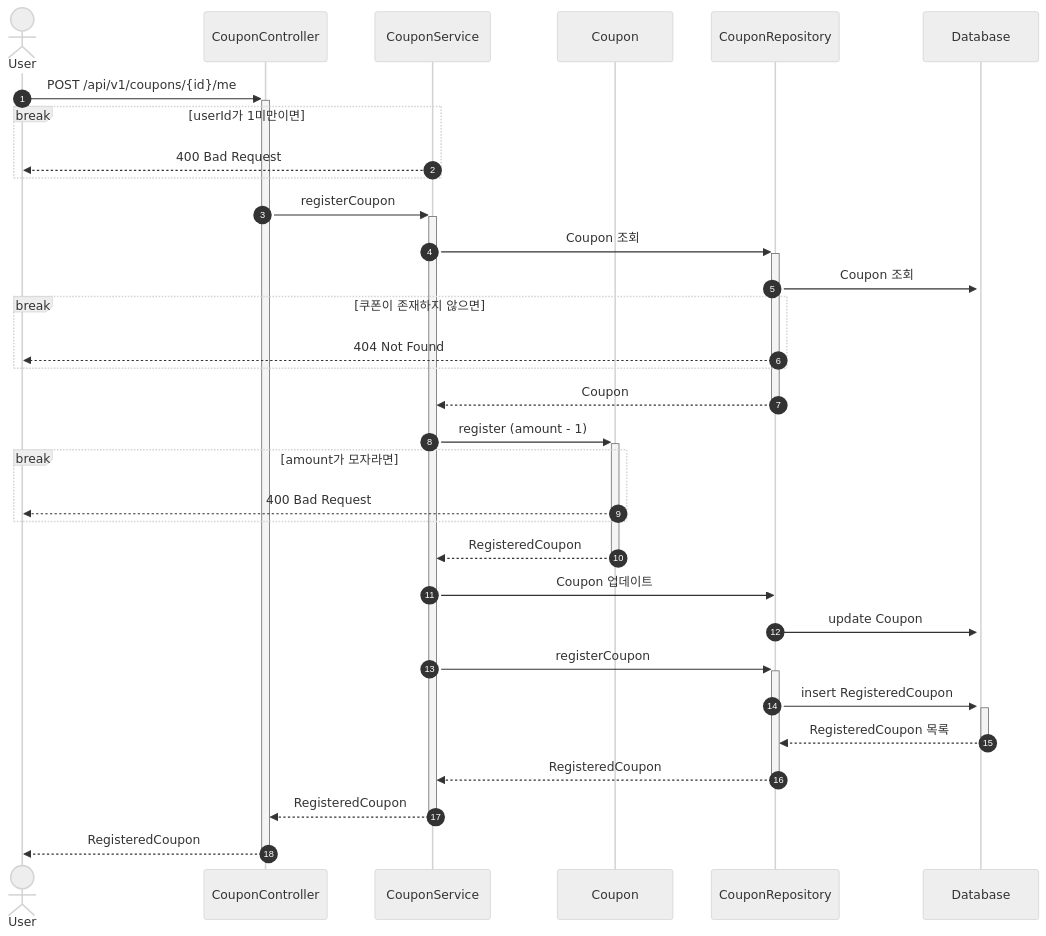
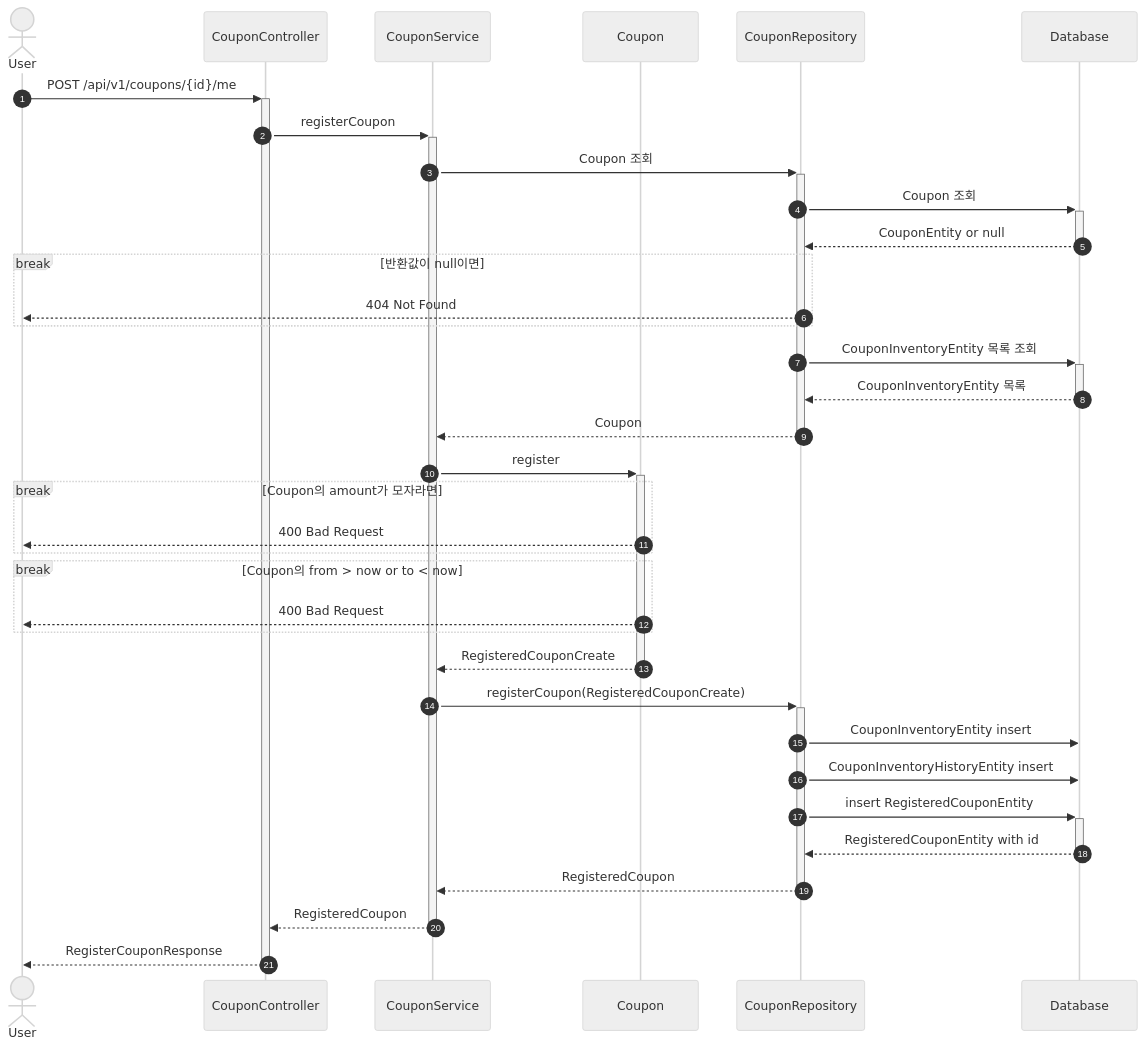
The first of 3 diagrams in docs/coupon/readme.md (jsween5723/commerce), drawn with Mermaid (neutral theme) before and after one commit. The commit also changed other lines of this file, not shown here.

Commit message:
docs(sequence): coupon 시퀀스 다이어그램 수정

````diff
--- a/docs/coupon/readme.md
+++ b/docs/coupon/readme.md
@@ -3,34 +9,37 @@
 ```mermaid
 sequenceDiagram
     autonumber
     actor User
     participant CouponController
     participant CouponService
     participant Coupon
     participant CouponRepository
     participant Database
     User ->>+ CouponController: POST /api/v1/coupons/{id}/me
-    break userId가 1미만이면
-        CouponService -->> User: 400 Bad Request
-    end
     CouponController ->>+ CouponService: registerCoupon
     CouponService ->>+ CouponRepository: Coupon 조회
     CouponRepository ->>+ Database: Coupon 조회
-    break 쿠폰이 존재하지 않으면
+    Database -->>- CouponRepository: CouponEntity or null
+    break 반환값이 null이면
         CouponRepository -->> User: 404 Not Found
     end
+    CouponRepository ->>+ Database: CouponInventoryEntity 목록 조회
+    Database -->>- CouponRepository: CouponInventoryEntity 목록
     CouponRepository -->>- CouponService: Coupon
-    CouponService ->>+ Coupon: register (amount - 1)
-    break amount가 모자라면
+    CouponService ->>+ Coupon: register
+    break Coupon의 amount가 모자라면
         Coupon -->> User: 400 Bad Request
     end
-    Coupon -->>- CouponService: RegisteredCoupon
-    CouponService ->> CouponRepository: Coupon 업데이트
-    CouponRepository ->> Database: update Coupon
-    CouponService ->>+ CouponRepository: registerCoupon
-    CouponRepository ->>+ Database: insert RegisteredCoupon
-    Database -->>- CouponRepository: RegisteredCoupon 목록
+    break Coupon의 from > now or to < now
+        Coupon -->> User: 400 Bad Request
+    end
+    Coupon -->>- CouponService: RegisteredCouponCreate
+    CouponService ->>+ CouponRepository: registerCoupon(RegisteredCouponCreate)
+    CouponRepository ->> Database: CouponInventoryEntity insert
+    CouponRepository ->> Database: CouponInventoryHistoryEntity insert
+    CouponRepository ->>+ Database: insert RegisteredCouponEntity
+    Database -->>- CouponRepository: RegisteredCouponEntity with id
     CouponRepository -->>- CouponService: RegisteredCoupon
     CouponService -->>- CouponController: RegisteredCoupon
-    CouponController -->>- User: RegisteredCoupon
+    CouponController -->>- User: RegisterCouponResponse
 ```
````
